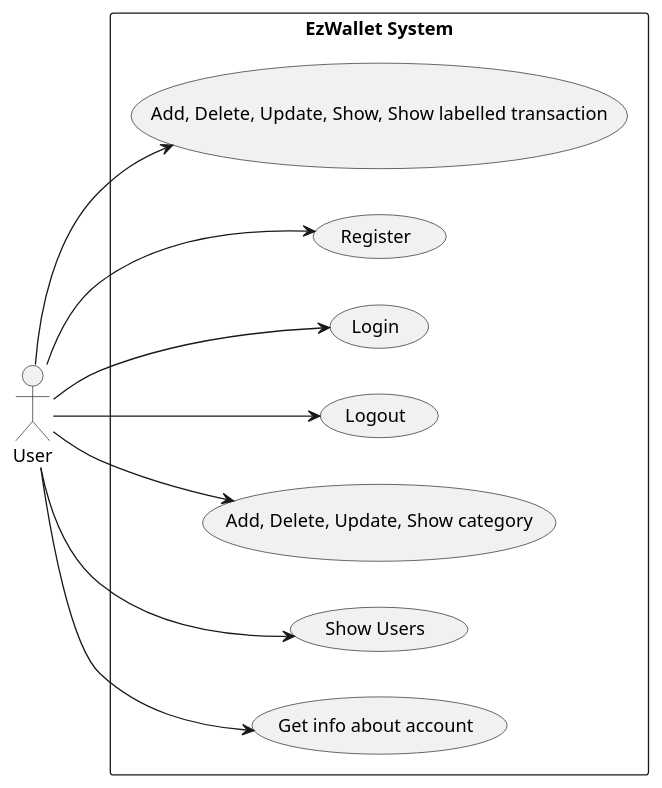
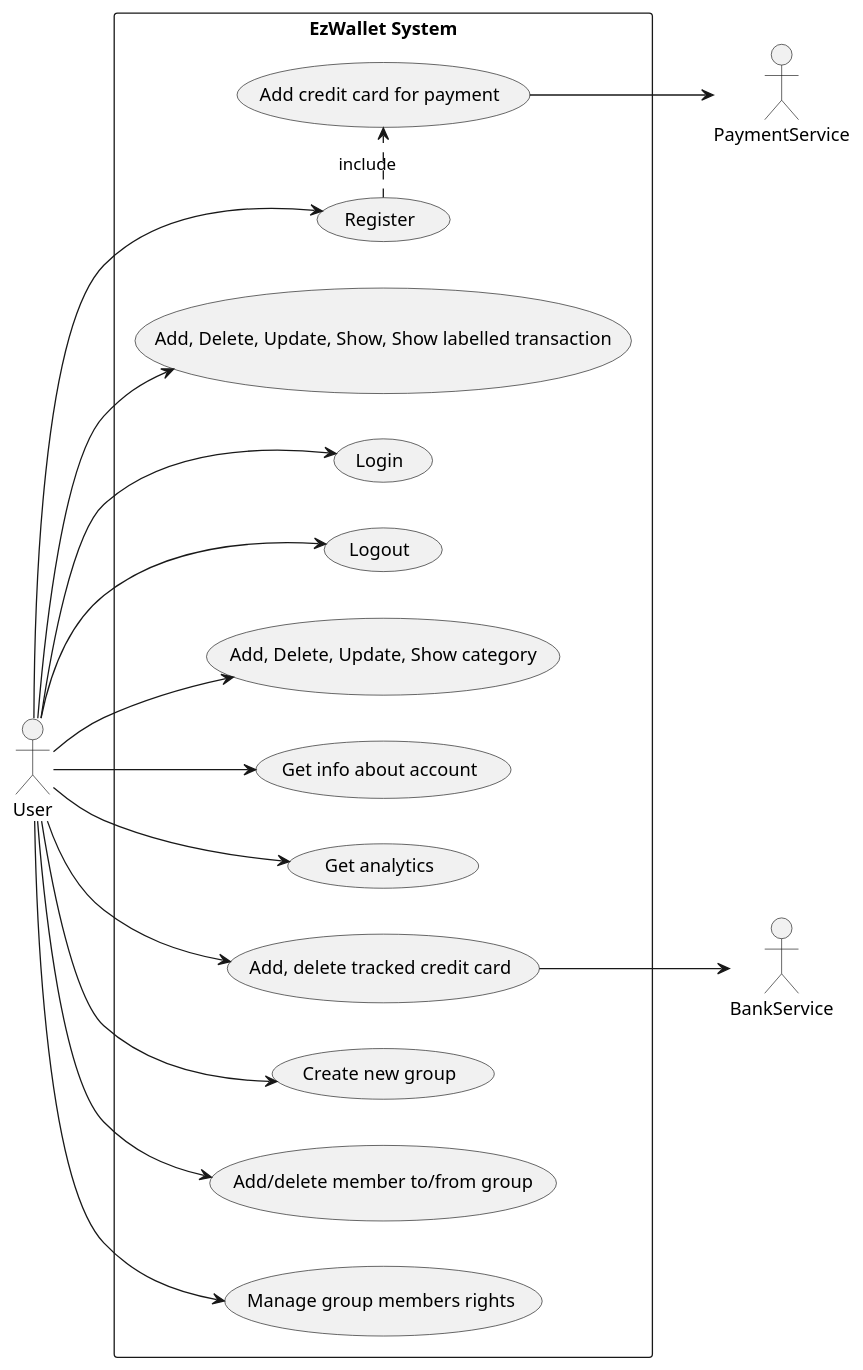
The second of 5 diagrams in RequirementsDocumentV2.md (lara-m2000/ezwallet), drawn with PlantUML before and after one commit. The commit also changed other lines of this file, not shown here.

Commit message:
docs: added use case diagram

````diff
--- a/RequirementsDocumentV2.md
+++ b/RequirementsDocumentV2.md
@@ -237,30 +237,47 @@
 ```plantuml
 @startuml
 left to right direction
 
 actor User
+actor PaymentService
+actor BankService
 
 rectangle "EzWallet System" as System {
 	usecase "Add, Delete, Update, Show, Show labelled transaction" as Transaction
 
 	usecase Register
 	usecase Login
 	usecase Logout
 
 	usecase "Add, Delete, Update, Show category" as Category
 
-	usecase "Show Users" as SUsers
 	usecase "Get info about account" as UUsers
+	usecase "Get analytics" as ShowAnalytics
+	usecase "Add, delete tracked credit card" as CreditCard
+	usecase "Add credit card for payment" as CreditCardPayment
+	usecase "Create new group" as CreateGroup
+	usecase "Add/delete member to/from group" as AddDeleteToGroup
+	usecase "Manage group members rights" as ManageMemberRights
 }
 
 User --> Transaction
 User --> Category
 User --> Register
 User --> Login
 User --> Logout
-User --> SUsers
 User --> UUsers
+User --> ShowAnalytics
+User --> CreditCard
+User --> CreateGroup
+User --> AddDeleteToGroup
+User --> ManageMemberRights
+
+Register .> CreditCardPayment : include
+
+CreditCardPayment --> PaymentService
+CreditCard --> BankService
+
 
 
 @enduml
 ```
````
